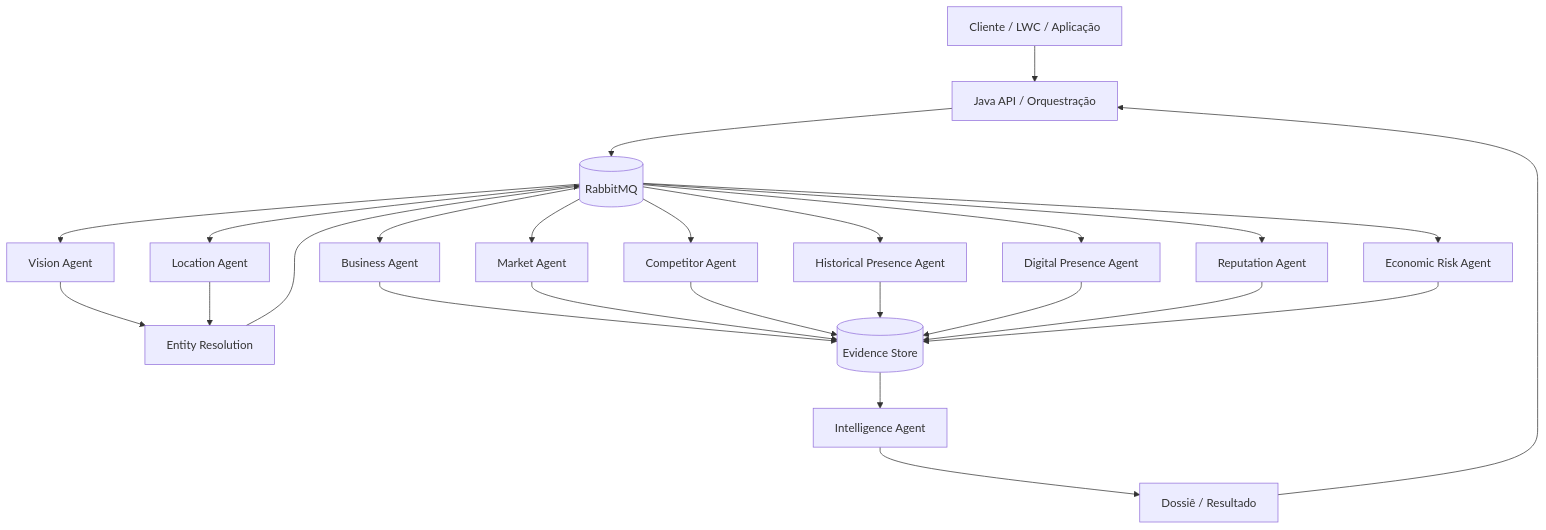
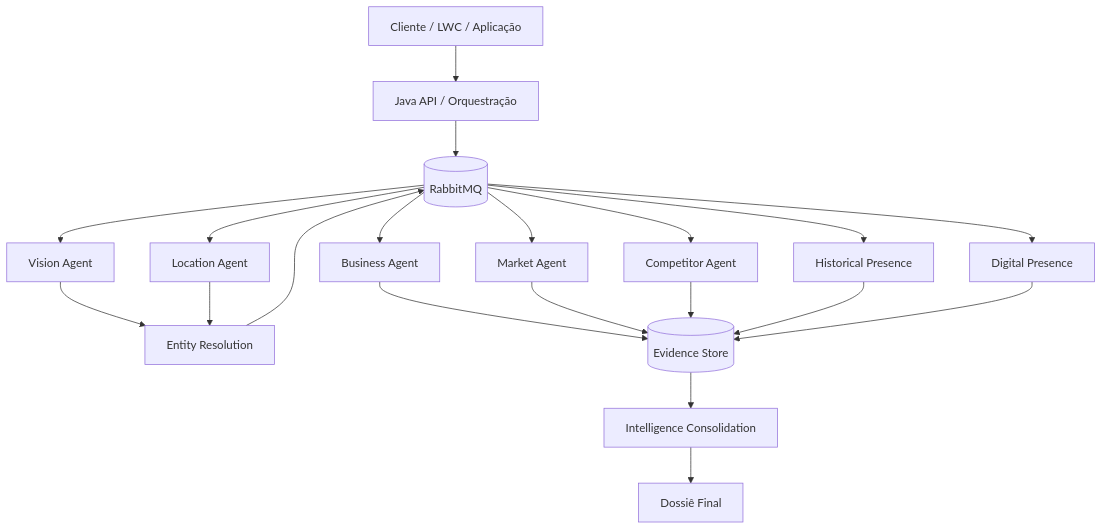
Before and after one commit to sales-force-pb/melhor-abordagem: the second of 2 diagrams in README.md, drawn with Mermaid. The commit also changed other lines of this file, not shown here.

````diff
--- a/README.md
+++ b/README.md
@@ -98,50 +52,22 @@
 ```mermaid
 flowchart TB
-    Client[Cliente / LWC / Aplicação]
-    API[Java API / Orquestração]
-    MQ[(RabbitMQ)]
-
-    Vision[Vision Agent]
-    Location[Location Agent]
-    Resolver[Entity Resolution]
-    Business[Business Agent]
-    Market[Market Agent]
-    Competitor[Competitor Agent]
-    History[Historical Presence Agent]
-    Social[Digital Presence Agent]
-    Reputation[Reputation Agent]
-    Risk[Economic Risk Agent]
-    Intelligence[Intelligence Agent]
-
-    Evidence[(Evidence Store)]
-    Result[Dossiê / Resultado]
-
-    Client --> API
-    API --> MQ
-
-    MQ --> Vision
-    MQ --> Location
-    Vision --> Resolver
+    Client[Cliente / LWC / Aplicação] --> API[Java API / Orquestração]
+    API --> MQ[(RabbitMQ)]
+    MQ --> Vision[Vision Agent]
+    MQ --> Location[Location Agent]
+    Vision --> Resolver[Entity Resolution]
     Location --> Resolver
-
     Resolver --> MQ
-    MQ --> Business
-    MQ --> Market
-    MQ --> Competitor
-    MQ --> History
-    MQ --> Social
-    MQ --> Reputation
-    MQ --> Risk
-
-    Business --> Evidence
+    MQ --> Business[Business Agent]
+    MQ --> Market[Market Agent]
+    MQ --> Competitor[Competitor Agent]
+    MQ --> History[Historical Presence]
+    MQ --> Social[Digital Presence]
+    Business --> Evidence[(Evidence Store)]
     Market --> Evidence
     Competitor --> Evidence
     History --> Evidence
     Social --> Evidence
-    Reputation --> Evidence
-    Risk --> Evidence
-
-    Evidence --> Intelligence
-    Intelligence --> Result
-    Result --> API
+    Evidence --> Intelligence[Intelligence Consolidation]
+    Intelligence --> Result[Dossiê Final]
 ```
````
